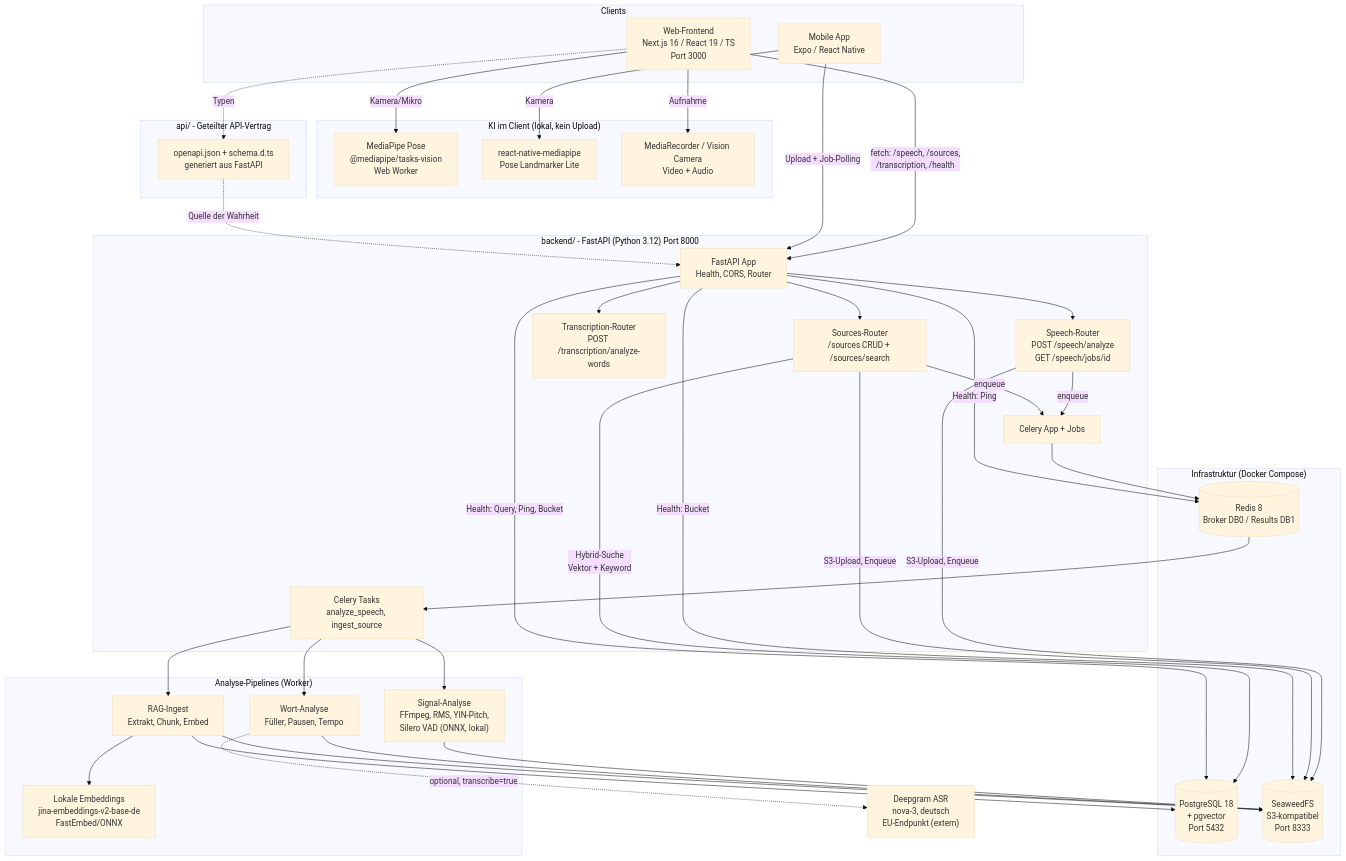
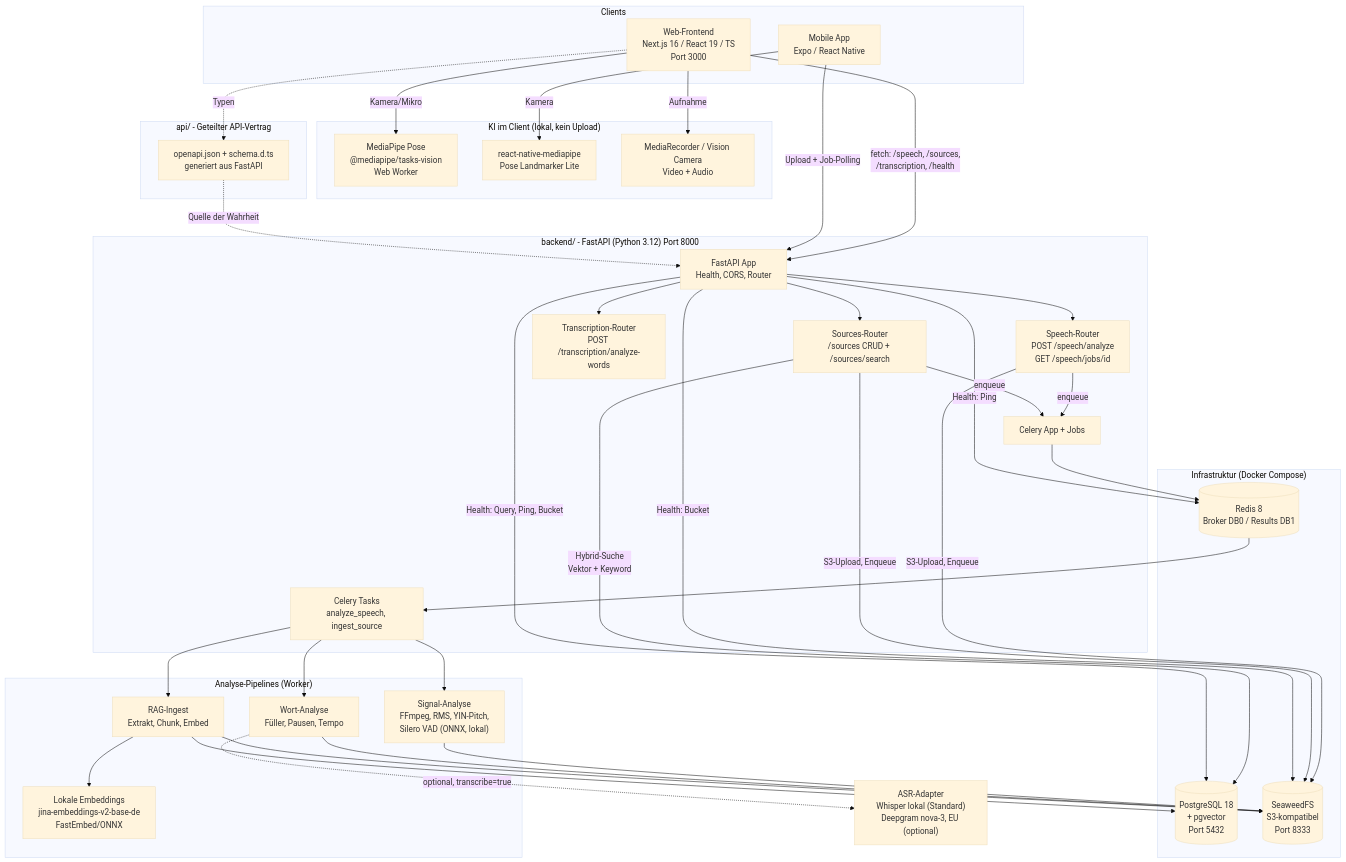
The first of 9 diagrams in docs/03-architecture.md (johannes3502/hackathon-fulda), drawn with Mermaid (base theme) before and after one commit. The commit also changed other lines of this file, not shown here.

Commit message:
Sync architecture docs with local Whisper default

````diff
--- a/docs/03-architecture.md
+++ b/docs/03-architecture.md
@@ -8,75 +8,75 @@
 ```mermaid
 flowchart TB
     subgraph Clients["Clients"]
         WEB["Web-Frontend<br/>Next.js 16 / React 19 / TS<br/>Port 3000"]
         MOB["Mobile App<br/>Expo / React Native"]
     end
 
     subgraph ClientAI["KI im Client (lokal, kein Upload)"]
         MP_W["MediaPipe Pose<br/>@mediapipe/tasks-vision<br/>Web Worker"]
         MP_M["react-native-mediapipe<br/>Pose Landmarker Lite"]
         MR["MediaRecorder / Vision Camera<br/>Video + Audio"]
     end
 
     subgraph API["api/ - Geteilter API-Vertrag"]
         OAS["openapi.json + schema.d.ts<br/>generiert aus FastAPI"]
     end
 
     subgraph Backend["backend/ - FastAPI (Python 3.12) Port 8000"]
         MAIN["FastAPI App<br/>Health, CORS, Router"]
         SP["Speech-Router<br/>POST /speech/analyze<br/>GET /speech/jobs/id"]
         TR["Transcription-Router<br/>POST /transcription/analyze-words"]
         SO["Sources-Router<br/>/sources CRUD + /sources/search"]
         CEL["Celery App + Jobs"]
         TASKS["Celery Tasks<br/>analyze_speech, ingest_source"]
     end
 
     subgraph Pipelines["Analyse-Pipelines (Worker)"]
         SIG["Signal-Analyse<br/>FFmpeg, RMS, YIN-Pitch,<br/>Silero VAD (ONNX, lokal)"]
         WORDS["Wort-Analyse<br/>Füller, Pausen, Tempo"]
         INGEST["RAG-Ingest<br/>Extrakt, Chunk, Embed"]
         EMB["Lokale Embeddings<br/>jina-embeddings-v2-base-de<br/>FastEmbed/ONNX"]
     end
 
     subgraph Infra["Infrastruktur (Docker Compose)"]
         PG[("PostgreSQL 18<br/>+ pgvector<br/>Port 5432")]
         RD[("Redis 8<br/>Broker DB0 / Results DB1")]
         S3[("SeaweedFS<br/>S3-kompatibel<br/>Port 8333")]
     end
 
-    EXT["Deepgram ASR<br/>nova-3, deutsch<br/>EU-Endpunkt (extern)"]
+    EXT["ASR-Adapter<br/>Whisper lokal (Standard)<br/>Deepgram nova-3, EU (optional)"]
 
     WEB -- "Kamera/Mikro" --> MP_W
     WEB -- "Aufnahme" --> MR
     MOB -- "Kamera" --> MP_M
 
     WEB -- "fetch: /speech, /sources,<br/>/transcription, /health" --> MAIN
     MOB -- "Upload + Job-Polling" --> MAIN
     WEB -. "Typen" .-> OAS
     OAS -. "Quelle der Wahrheit" .-> MAIN
 
     MAIN --> SP
     MAIN --> TR
     MAIN --> SO
 
     SP -- "S3-Upload, Enqueue" --> S3
     SP -- "enqueue" --> CEL
     SO -- "S3-Upload, Enqueue" --> S3
     SO -- "enqueue" --> CEL
 
     CEL --> RD
     RD --> TASKS
     TASKS --> SIG
     TASKS --> WORDS
     TASKS --> INGEST
     INGEST --> EMB
     WORDS -. "optional, transcribe=true" .-> EXT
     SIG --> S3
     WORDS --> S3
     INGEST --> PG
     INGEST --> S3
     SO -- "Hybrid-Suche<br/>Vektor + Keyword" --> PG
     MAIN -- "Health: Query, Ping, Bucket" --> PG
     MAIN -- "Health: Ping" --> RD
     MAIN -- "Health: Bucket" --> S3
 ```
````
